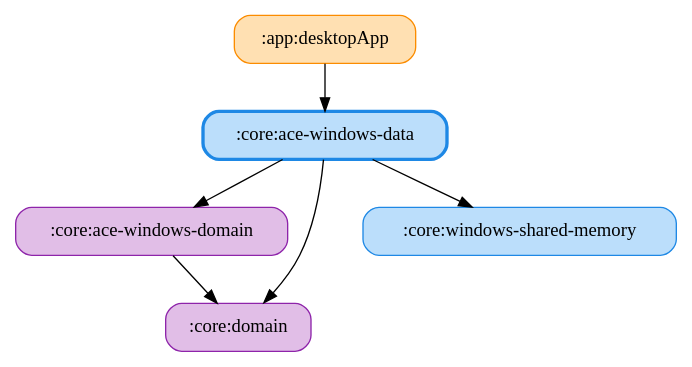
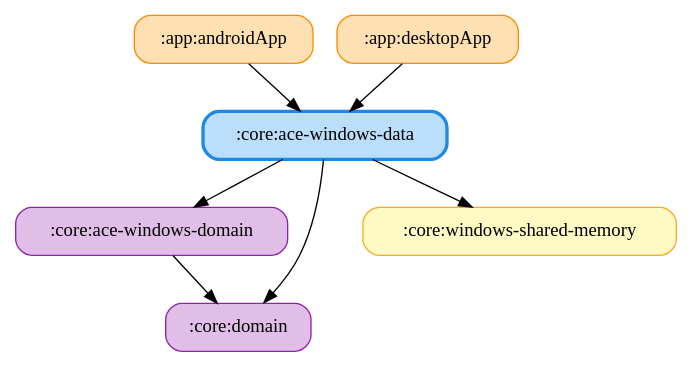
The diagram in docs/graphs/core-ace-windows-data.gv (ai-kurou/KoDriver), drawn with Graphviz before and after one commit. The commit also changed 732 other files, not shown here.

First line of the commit message:
:core:data をシミュレーター別のデータモジュールに分割する(LMU・ACE・GT7) (#2421)

```diff
--- a/docs/graphs/core-ace-windows-data.gv
+++ b/docs/graphs/core-ace-windows-data.gv
@@ -1,14 +1,16 @@
 digraph G {
   rankdir=TB
   node [shape=box, style="rounded,filled"]
+  ":app:androidApp" [fillcolor="#FFE0B2", color="#FB8C00", penwidth=1]
   ":app:desktopApp" [fillcolor="#FFE0B2", color="#FB8C00", penwidth=1]
   ":core:ace-windows-data" [fillcolor="#BBDEFB", color="#1E88E5", penwidth=2.5]
   ":core:ace-windows-domain" [fillcolor="#E1BEE7", color="#8E24AA", penwidth=1]
   ":core:domain" [fillcolor="#E1BEE7", color="#8E24AA", penwidth=1]
-  ":core:windows-shared-memory" [fillcolor="#BBDEFB", color="#1E88E5", penwidth=1]
+  ":core:windows-shared-memory" [fillcolor="#FFF9C4", color="#F9A825", penwidth=1]
+  ":app:androidApp" -> ":core:ace-windows-data"
   ":app:desktopApp" -> ":core:ace-windows-data"
   ":core:ace-windows-data" -> ":core:domain"
   ":core:ace-windows-data" -> ":core:ace-windows-domain"
   ":core:ace-windows-data" -> ":core:windows-shared-memory"
   ":core:ace-windows-domain" -> ":core:domain"
 }
```
